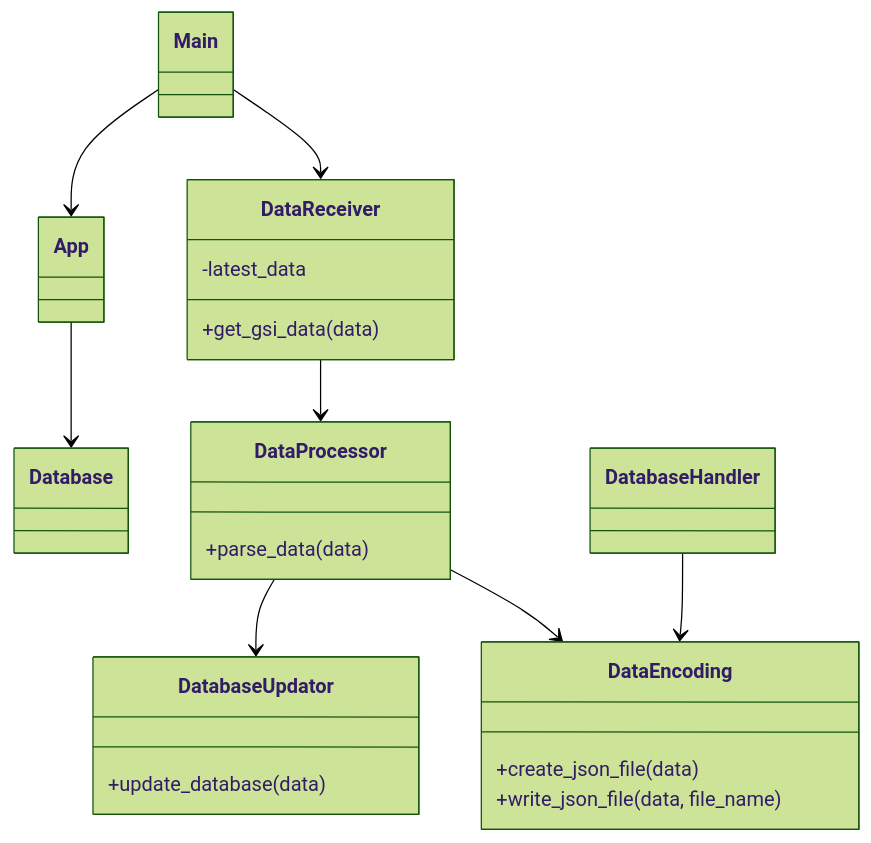
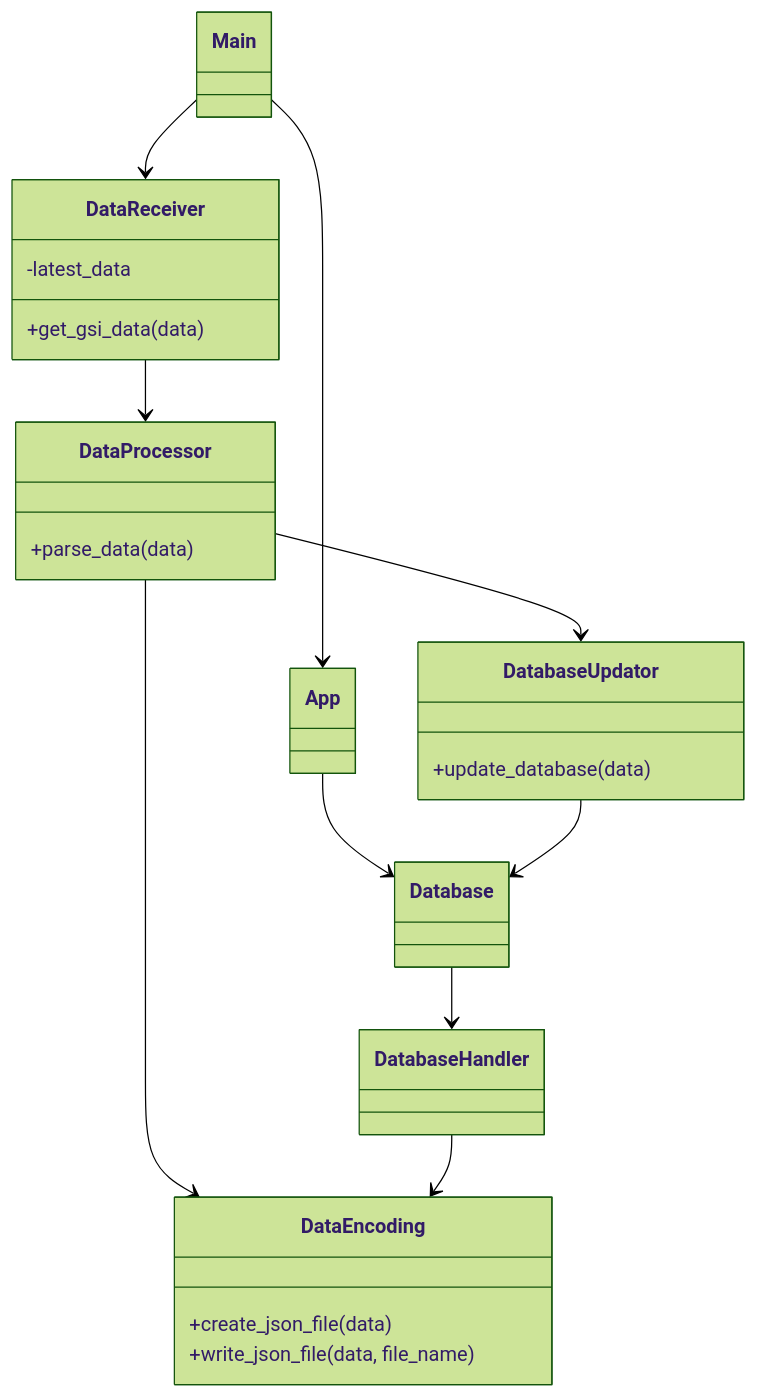
One commit to NikiPOU/elisaohtuprojekti changed the diagram in docs/class_diagram.md. Above: the diagram before and after it, drawn with Mermaid (forest theme).

````diff
--- a/docs/class_diagram.md
+++ b/docs/class_diagram.md
@@ -1,30 +1,34 @@
 ```mermaid
 classDiagram
+    class Main
+
     class App
 
     class Database
 
     class DataReceiver
     DataReceiver : -latest_data
     DataReceiver : +get_gsi_data(data)
 
     class DataProcessor
     DataProcessor : +parse_data(data)
 
     class DatabaseUpdator
     DatabaseUpdator : +update_database(data)
 
     class DatabaseHandler
 
     class DataEncoding
     DataEncoding : +create_json_file(data)
     DataEncoding : +write_json_file(data, file_name)
 
+    Main --> App
+    Main --> DataReceiver
     App --> Database
+    DatabaseUpdator --> Database
     DataReceiver --> DataProcessor
-    Main --> DataReceiver
-    Main --> App
     DataProcessor --> DataEncoding
     DataProcessor --> DatabaseUpdator
+    Database --> DatabaseHandler
     DatabaseHandler --> DataEncoding
 ```
````
